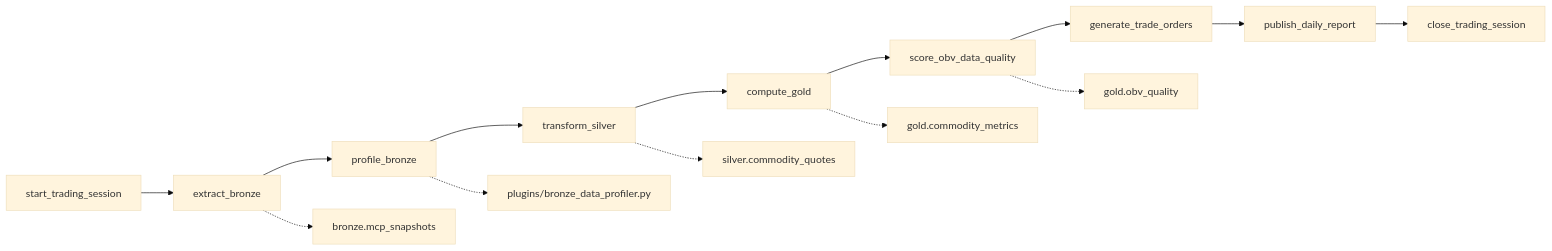
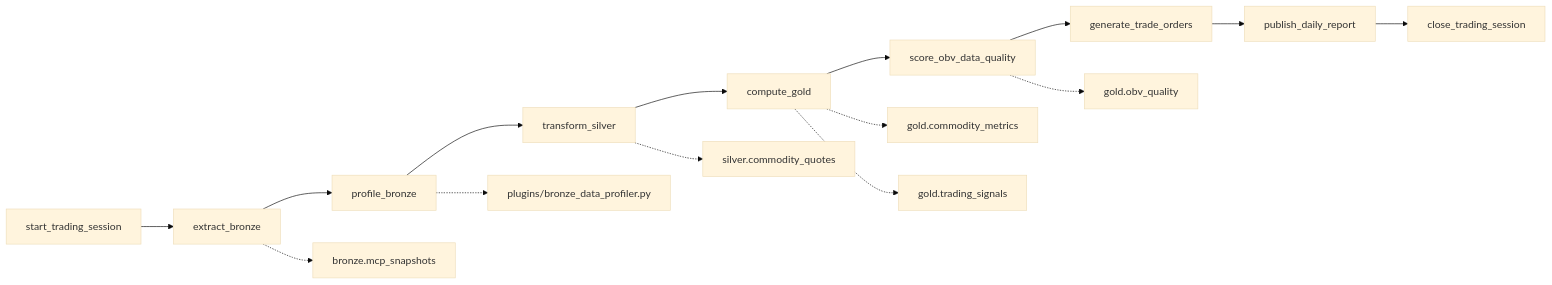
Before and after one commit to kodirazaemo/Airflow-sample: the second of 2 diagrams in default/README.md, drawn with Mermaid (base theme). The commit also changed other lines of this file and 4 other files, not shown here.

Commit message:
Persist trading signals in Gold warehouse

````diff
--- a/default/README.md
+++ b/default/README.md
@@ -107,16 +107,17 @@
 ```mermaid
 flowchart LR
   start["start_trading_session"] --> bronze["extract_bronze"]
   bronze --> profile["profile_bronze"]
   profile --> silver["transform_silver"]
   silver --> gold["compute_gold"]
   gold --> obv["score_obv_data_quality"]
   obv --> orders["generate_trade_orders"]
   orders --> report["publish_daily_report"]
   report --> close["close_trading_session"]
   bronze -.-> btbl["bronze.mcp_snapshots"]
   profile -.-> plugin["plugins/bronze_data_profiler.py"]
   silver -.-> stbl["silver.commodity_quotes"]
   gold -.-> gtbl["gold.commodity_metrics"]
+  gold -.-> sigtbl["gold.trading_signals"]
   obv -.-> qtbl["gold.obv_quality"]
 ```
````
